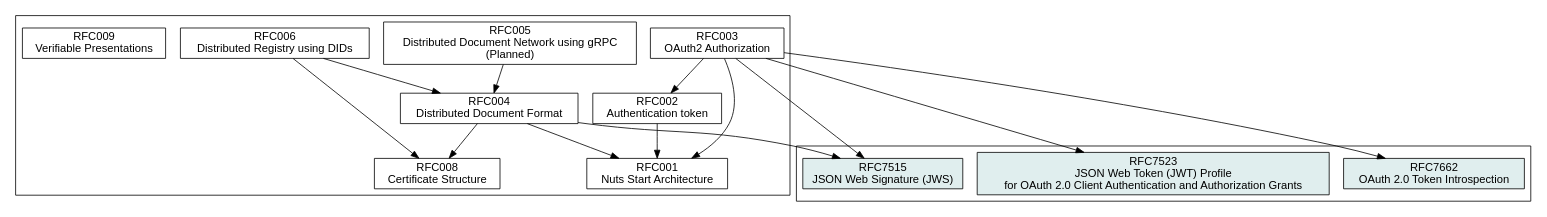
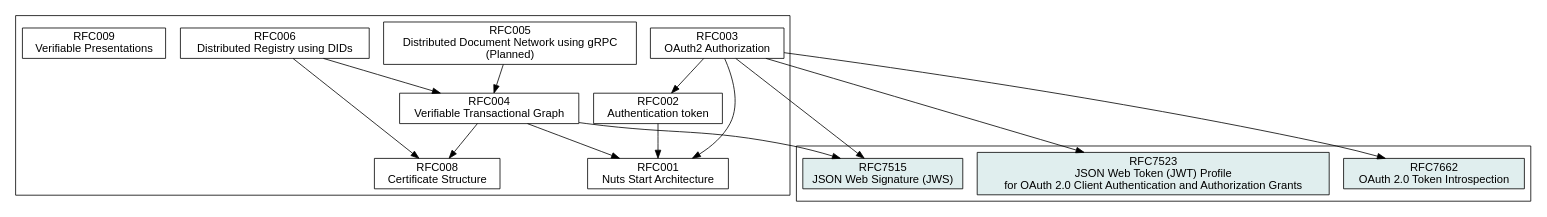
The diagram in .gitbook/source/spec-relations.dot (nuts-foundation/nuts-specification), drawn with Graphviz before and after one commit. The commit also changed 6 other files, not shown here.

```diff
--- a/.gitbook/source/spec-relations.dot
+++ b/.gitbook/source/spec-relations.dot
@@ -1,43 +1,43 @@
 digraph D {
     graph [fontname = "helvetica"];
     node [fontname = "helvetica",shape=box];
     edge [fontname = "helvetica"];
     root = RFC001;
     overlap = false;
 
     // Internal RFCs
     subgraph cluster_internal {
         RFC001 [label = "RFC001\nNuts Start Architecture",href = "rfc001-nuts-start-architecture"];
         RFC002 [label = "RFC002\nAuthentication token",href = "rfc002-authentication-token"];
         RFC003 [label = "RFC003\nOAuth2 Authorization",href = "rfc003-oauth2-authorization"];
-        RFC004 [label = "RFC004\nDistributed Document Format",href = "rfc004-distributed-document-format"];
+        RFC004 [label = "RFC004\nVerifiable Transactional Graph",href = "rfc004-verifiable-transactional-graph"];
         RFC005 [label = "RFC005\nDistributed Document Network using gRPC\n(Planned)",href = "rfc005-distributed-document-network-grpc"];
         RFC006 [label = "RFC006\nDistributed Registry using DIDs",href = "rfc006-distributed-registry"];
         RFC008 [label = "RFC008\nCertificate Structure",href = "rfc008-certificate-structure"];
         RFC009 [label = "RFC009\nVerifiable Presentations",href = "rfc009-verifiable-presentations"];
     }
 
     // External RFCs
     subgraph cluster_external {
         RFC7662_EXT [label = "RFC7662\nOAuth 2.0 Token Introspection", href = "https://tools.ietf.org/html/rfc7662", fillcolor = azure2, style = filled]
         RFC7523_EXT [label = "RFC7523\nJSON Web Token (JWT) Profile\nfor OAuth 2.0 Client Authentication and Authorization Grants", href = "https://tools.ietf.org/html/rfc7523", fillcolor = azure2, style = filled,]
         RFC7515_EXT [label = "RFC7515\nJSON Web Signature (JWS)", href = "https://tools.ietf.org/html/rfc7515", fillcolor = azure2, style = filled]
     }
 
     RFC002 -> RFC001
 
     RFC003 -> RFC001
     RFC003 -> RFC002
     RFC003 -> RFC7662_EXT
     RFC003 -> RFC7523_EXT
     RFC003 -> RFC7515_EXT
 
     RFC004 -> RFC001
     RFC004 -> RFC7515_EXT
     RFC004 -> RFC008
 
     RFC005 -> RFC004
 
     RFC006 -> RFC004
     RFC006 -> RFC008
 }
```
